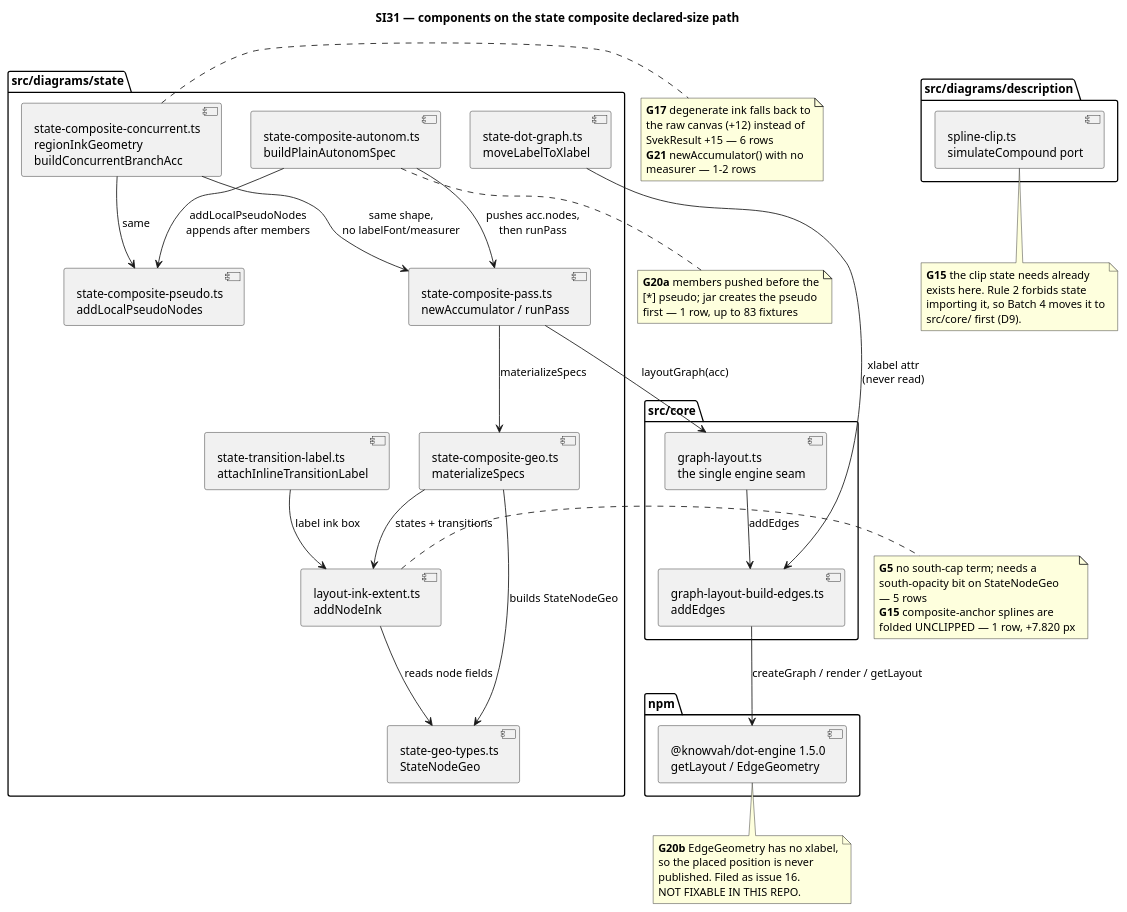
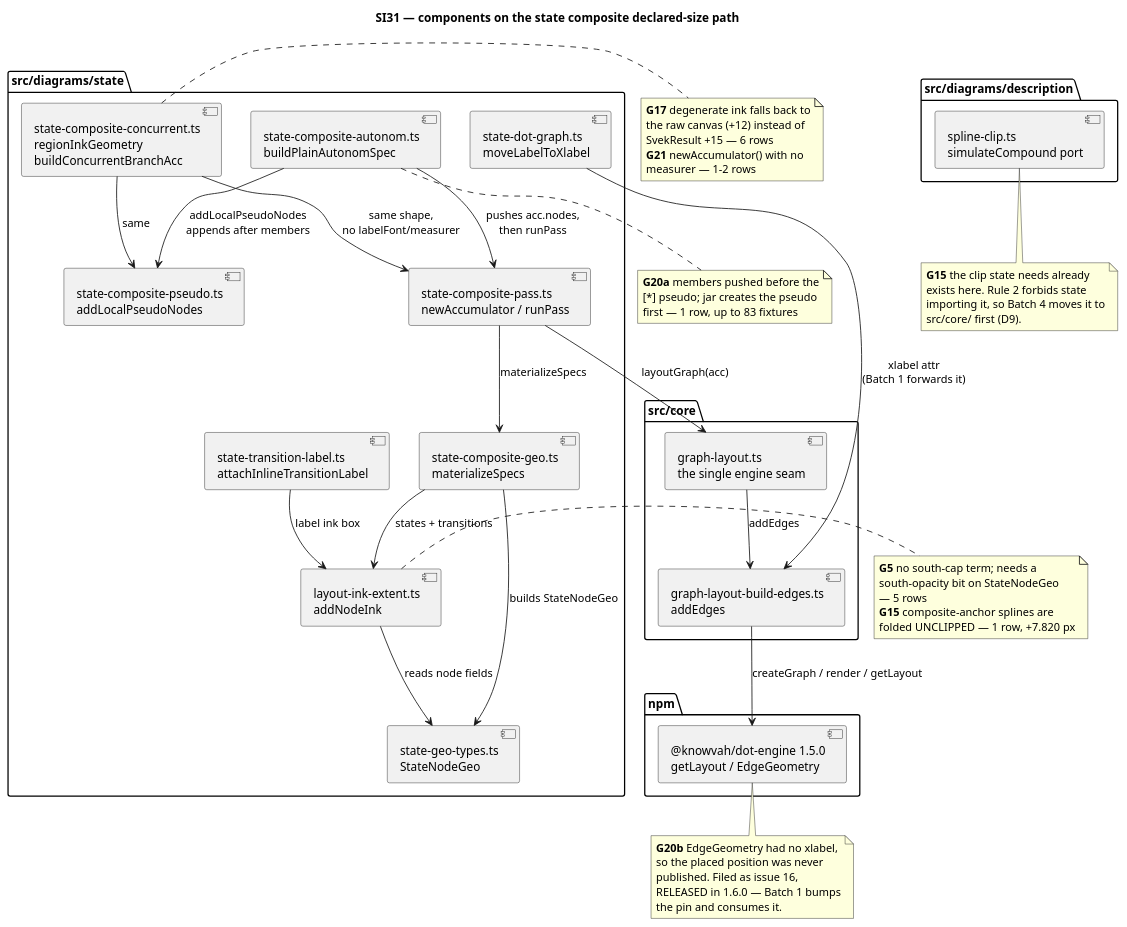
One commit to knowvah/plantuml-ts changed the diagram in plans/state-residual-fix-batch/diagrams/component-map.md. Above: the diagram before and after it, drawn with PlantUML. The commit also changed 18 other files, not shown here.

````diff
--- a/plans/state-residual-fix-batch/diagrams/component-map.md
+++ b/plans/state-residual-fix-batch/diagrams/component-map.md
@@ -7,81 +7,82 @@
 ```plantuml
 @startuml
 title SI31 — components on the state composite declared-size path
 
 package "src/diagrams/state" {
   component "state-composite-autonom.ts\nbuildPlainAutonomSpec" as AUTONOM
   component "state-composite-concurrent.ts\nregionInkGeometry\nbuildConcurrentBranchAcc" as CONC
   component "state-composite-pseudo.ts\naddLocalPseudoNodes" as PSEUDO
   component "state-composite-pass.ts\nnewAccumulator / runPass" as PASS
   component "state-composite-geo.ts\nmaterializeSpecs" as GEO
   component "layout-ink-extent.ts\naddNodeInk" as INK
   component "state-geo-types.ts\nStateNodeGeo" as TYPES
   component "state-transition-label.ts\nattachInlineTransitionLabel" as TLABEL
   component "state-dot-graph.ts\nmoveLabelToXlabel" as DOTGRAPH
 }
 
 package "src/diagrams/description" {
   component "spline-clip.ts\nsimulateCompound port" as CLIP
 }
 
 package "src/core" {
   component "graph-layout.ts\nthe single engine seam" as GLAYOUT
   component "graph-layout-build-edges.ts\naddEdges" as BUILDEDGES
 }
 
 package "npm" {
   component "@knowvah/dot-engine 1.5.0\ngetLayout / EdgeGeometry" as ENGINE
 }
 
 AUTONOM --> PASS : pushes acc.nodes,\nthen runPass
 CONC --> PASS : same shape,\nno labelFont/measurer
 AUTONOM --> PSEUDO : addLocalPseudoNodes\nappends after members
 CONC --> PSEUDO : same
 PASS --> GLAYOUT : layoutGraph(acc)
 GLAYOUT --> BUILDEDGES : addEdges
 BUILDEDGES --> ENGINE : createGraph / render / getLayout
-DOTGRAPH --> BUILDEDGES : xlabel attr\n(never read)
+DOTGRAPH --> BUILDEDGES : xlabel attr\n(Batch 1 forwards it)
 PASS --> GEO : materializeSpecs
 GEO --> TYPES : builds StateNodeGeo
 GEO --> INK : states + transitions
 TLABEL --> INK : label ink box
 INK --> TYPES : reads node fields
 
 note right of CONC
   **G17** degenerate ink falls back to
   the raw canvas (+12) instead of
   SvekResult +15 — 6 rows
   **G21** newAccumulator() with no
   measurer — 1-2 rows
 end note
 
 note bottom of AUTONOM
   **G20a** members pushed before the
   [*] pseudo; jar creates the pseudo
   first — 1 row, up to 83 fixtures
 end note
 
 note right of INK
   **G5** no south-cap term; needs a
   south-opacity bit on StateNodeGeo
   — 5 rows
   **G15** composite-anchor splines are
   folded UNCLIPPED — 1 row, +7.820 px
 end note
 
 note bottom of CLIP
   **G15** the clip state needs already
   exists here. Rule 2 forbids state
   importing it, so Batch 4 moves it to
   src/core/ first (D9).
 end note
 
 note bottom of ENGINE
-  **G20b** EdgeGeometry has no xlabel,
-  so the placed position is never
-  published. Filed as issue 16.
-  NOT FIXABLE IN THIS REPO.
+  **G20b** EdgeGeometry had no xlabel,
+  so the placed position was never
+  published. Filed as issue 16,
+  RELEASED in 1.6.0 — Batch 1 bumps
+  the pin and consumes it.
 end note
 
 @enduml
 ```
````
